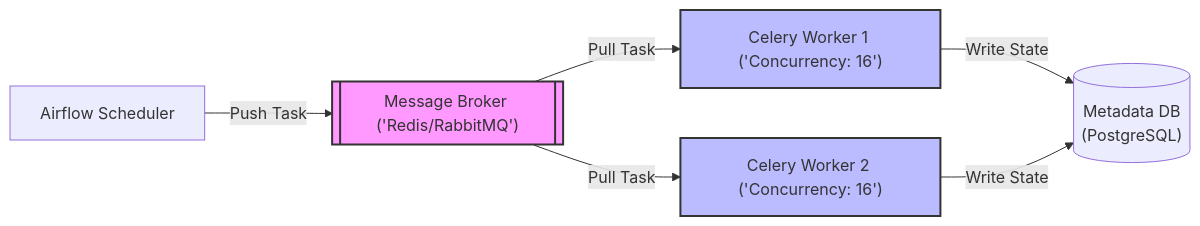
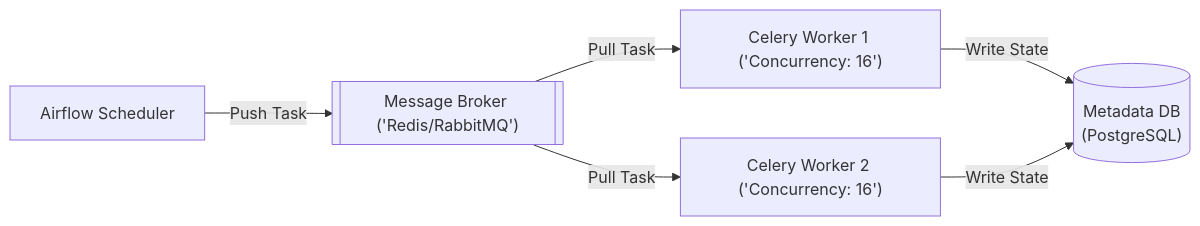
Before and after one commit to kythuatdulieu/kythuatdulieu.github.io: the first of 2 diagrams in src/content/docs/concepts/7-dataops-orchestration-quality/airflow-celery-vs-k8s-executor.md, drawn with Mermaid. The commit also changed other lines of this file and 686 other files, not shown here.

````diff
--- a/src/content/docs/concepts/7-dataops-orchestration-quality/airflow-celery-vs-k8s-executor.md
+++ b/src/content/docs/concepts/7-dataops-orchestration-quality/airflow-celery-vs-k8s-executor.md
@@ -26,13 +26,12 @@
 ```mermaid
 flowchart LR
     Scheduler["Airflow Scheduler"] -- Push Task --> Broker[["Message Broker ('Redis/RabbitMQ')"]]
     Broker -- Pull Task --> Worker1["Celery Worker 1 ('Concurrency: 16')"]
     Broker -- Pull Task --> Worker2["Celery Worker 2 ('Concurrency: 16')"]
     
     Worker1 -- Write State --> DB[("Metadata DB\n(PostgreSQL)")]
     Worker2 -- Write State --> DB
-    
-    style Broker fill:#f9f,stroke:#333,stroke-width:2px
-    style Worker1 fill:#bbf,stroke:#333,stroke-width:2px
-    style Worker2 fill:#bbf,stroke:#333,stroke-width:2px
+
+
+
 ```
````
